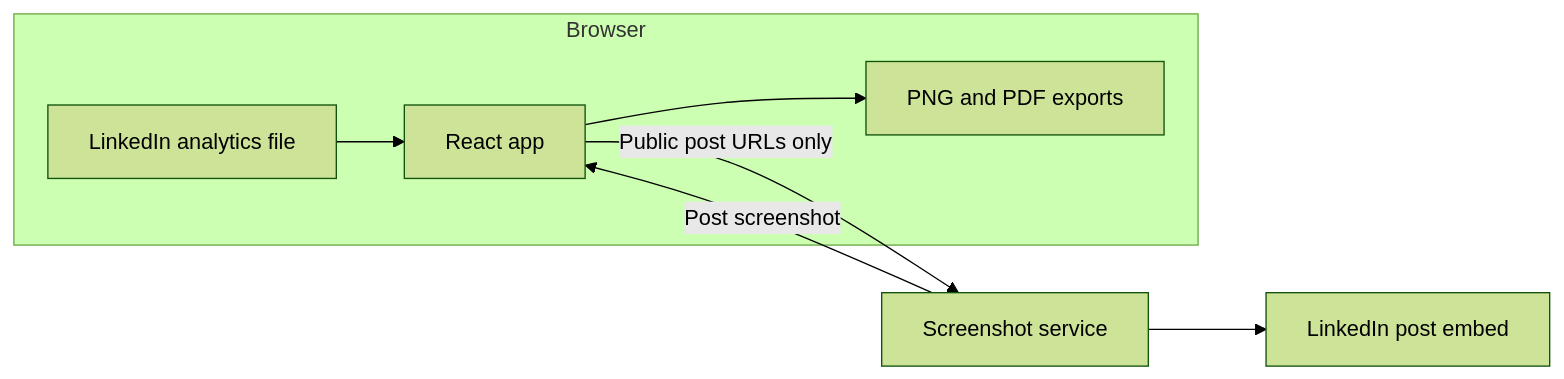
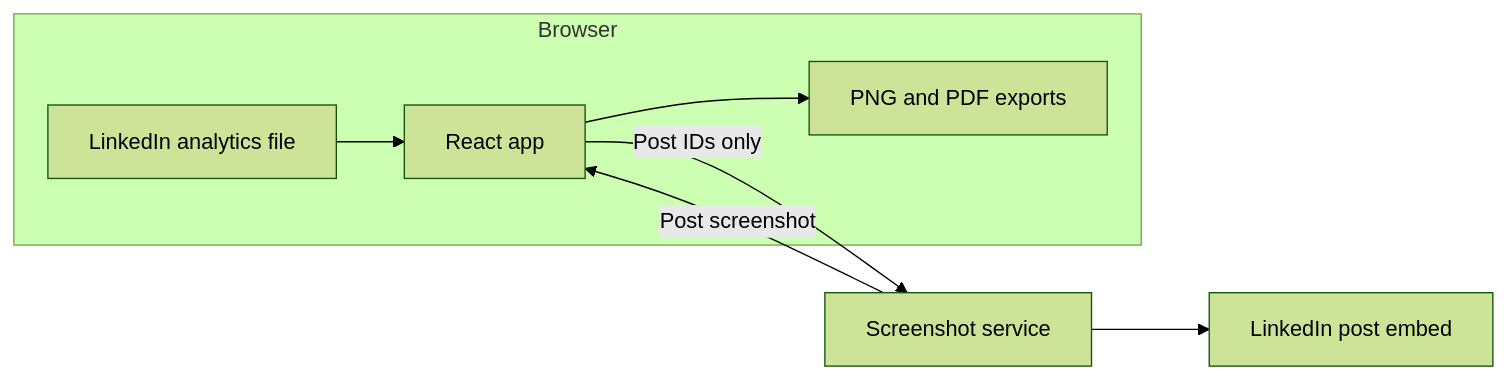
Before and after one commit to render-examples/wrapped-for-linkedin: the diagram in README.md, drawn with Mermaid (forest theme). The commit also changed other lines of this file, not shown here.

Commit message:
fix: update README to clarify screenshot service functionality and data handling

````diff
--- a/README.md
+++ b/README.md
@@ -64,10 +64,10 @@
 ```mermaid
 flowchart LR
     subgraph Browser
         File[LinkedIn analytics file] --> Site[React app]
         Site --> Cards[PNG and PDF exports]
     end
-    Site -- "Public post URLs only" --> Service[Screenshot service]
+    Site -- "Post IDs only" --> Service[Screenshot service]
     Service -- "Post screenshot" --> Site
     Service --> LinkedIn[LinkedIn post embed]
 ```
````
